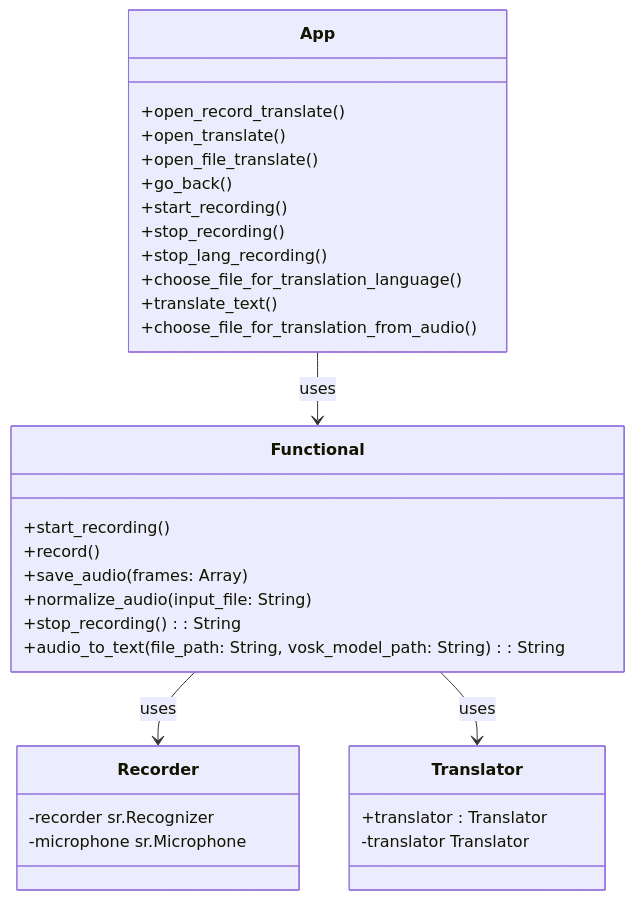
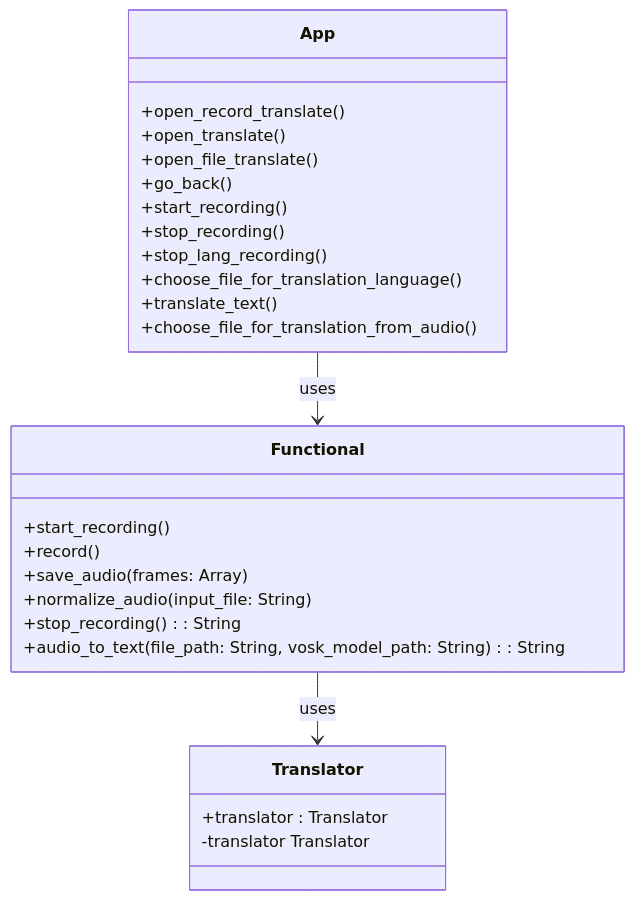
Before and after one commit to Retnug228/Lab3Orpo: the first of 2 diagrams in docs/struct.md, drawn with Mermaid.

````diff
--- a/docs/struct.md
+++ b/docs/struct.md
@@ -10,37 +10,33 @@
 ```mermaid
 classDiagram
     class App {
         +open_record_translate()
         +open_translate()
         +open_file_translate()
         +go_back()
         +start_recording()
         +stop_recording()
         +stop_lang_recording()
         +choose_file_for_translation_language()
         +translate_text()
         +choose_file_for_translation_from_audio()
     }
 
     class Functional {
         +start_recording()
         +record()
         +save_audio(frames: Array)
         +normalize_audio(input_file: String)
         +stop_recording() : String
         +audio_to_text(file_path: String, vosk_model_path: String) : String
     }
 
     class Translator {
         +translator : Translator
     }
 
     App --> Functional : uses
-    Functional --> Recorder : uses
     Functional --> Translator : uses
-
-    Recorder : -recorder  sr.Recognizer
-    Recorder : -microphone  sr.Microphone
 
     Translator : -translator  Translator
 ```
````
